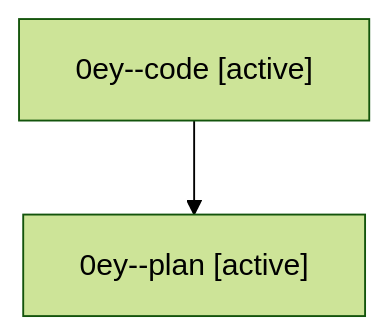
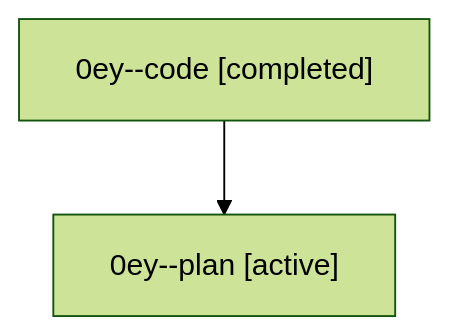
The diagram in sessions/bbugyi200.athena.0ey.md (bobs-org/bob-cli--agents), drawn with Mermaid (forest theme) before and after one commit. The commit also changed other lines of this file and 18 other files, not shown here.

````diff
--- a/sessions/bbugyi200.athena.0ey.md
+++ b/sessions/bbugyi200.athena.0ey.md
@@ -9,6 +9,6 @@
 ```mermaid
 flowchart TD
-  n0["0ey--code [active]"]
+  n0["0ey--code [completed]"]
   n1["0ey--plan [active]"]
   n0 --> n1
 ```
````
